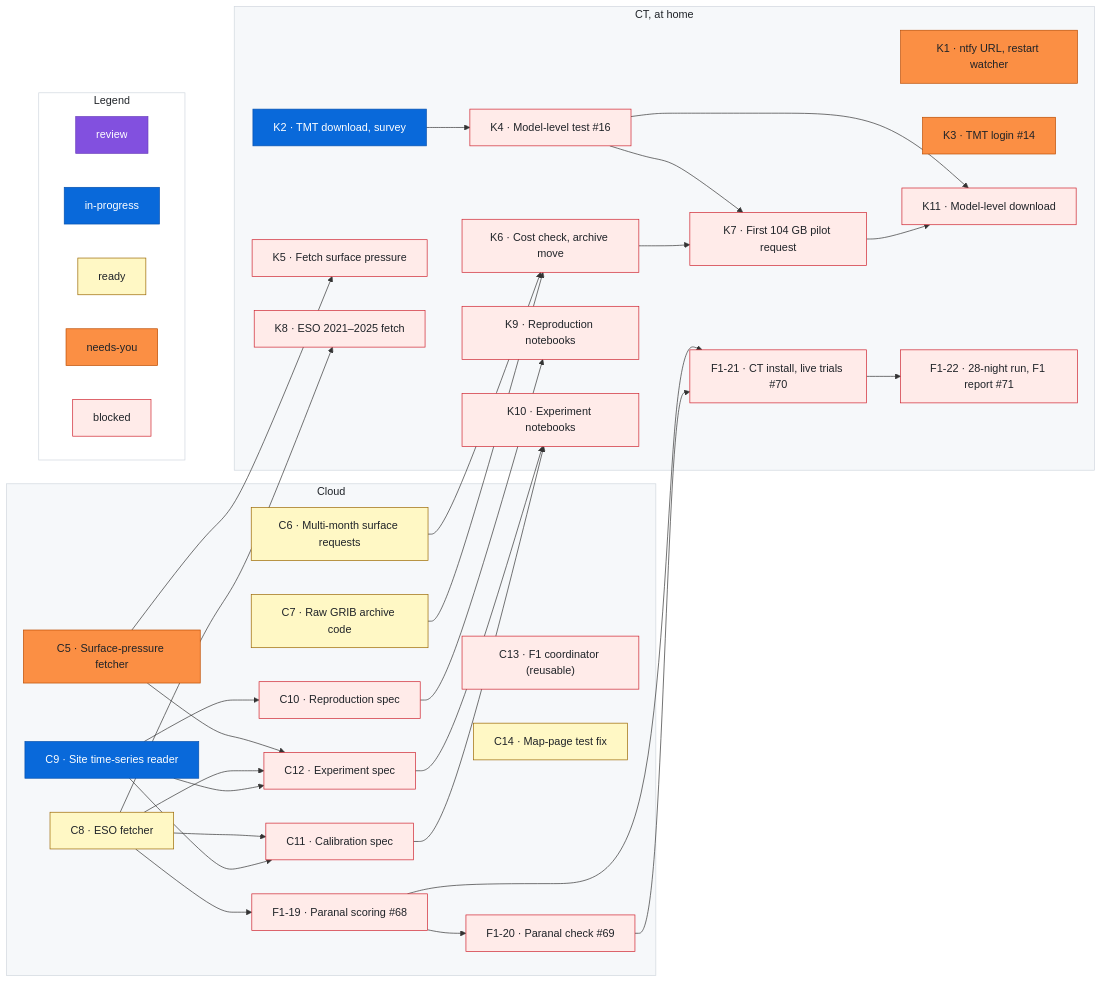
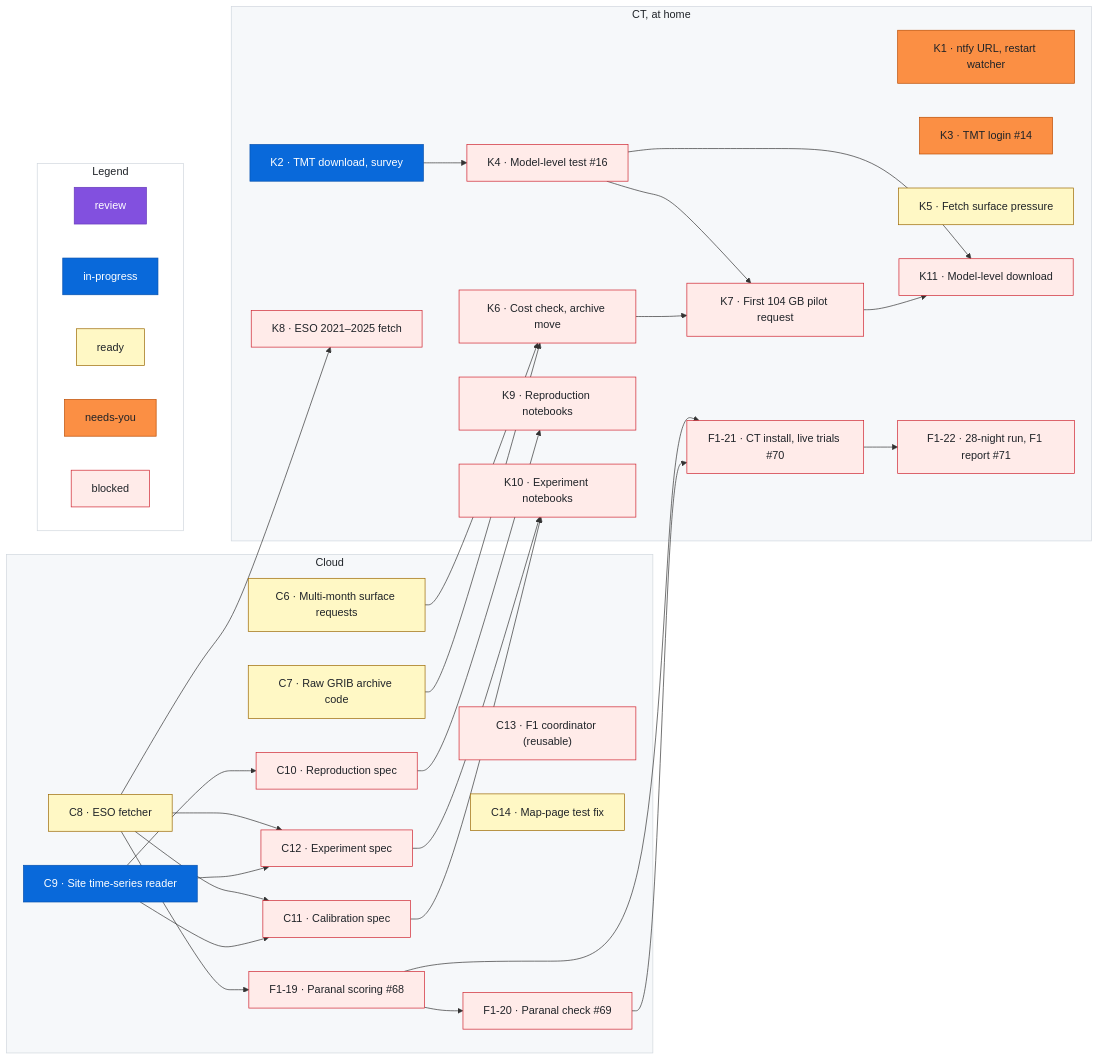
Before and after one commit to rrweller/Astro-seeing: the diagram in docs/roadmap.md, drawn with Mermaid. The commit also changed other lines of this file, not shown here.

First line of the commit message:
roadmap: remove C5 (#94 merged); sweep (K5 ready)

````diff
--- a/docs/roadmap.md
+++ b/docs/roadmap.md
@@ -75,7 +73,6 @@
 ```mermaid
 flowchart LR
   subgraph cloud["Cloud"]
-    C5["C5 · Surface-pressure fetcher"]
     C6["C6 · Multi-month surface requests"]
     C7["C7 · Raw GRIB archive code"]
     C8["C8 · ESO fetcher"]
@@ -112,12 +109,10 @@
   C8 --> C11
   C9 --> C11
   K2 --> K4 --> K7
-  C5 --> K5
   C6 --> K6
   C7 --> K6 --> K7
   C8 --> K8
   C10 --> K9
-  C5 --> C12
   C8 --> C12
   C9 --> C12
   C12 --> K10
@@ -141,8 +136,6 @@
   classDef needsyou fill:#fb8f44,stroke:#bc4c00,color:#1f2328
   classDef blocked fill:#ffebe9,stroke:#cf222e,color:#1f2328
   %% Status lines: one per item, each followed by a `%% ---` spacer. Sessions change only the last word.
-  class C5 needsyou
-  %% ---
   class C6 ready
   %% ---
   class C7 ready
@@ -177,7 +170,7 @@
   %% ---
   class K4 blocked
   %% ---
-  class K5 blocked
+  class K5 ready
   %% ---
   class K6 blocked
   %% ---
````
